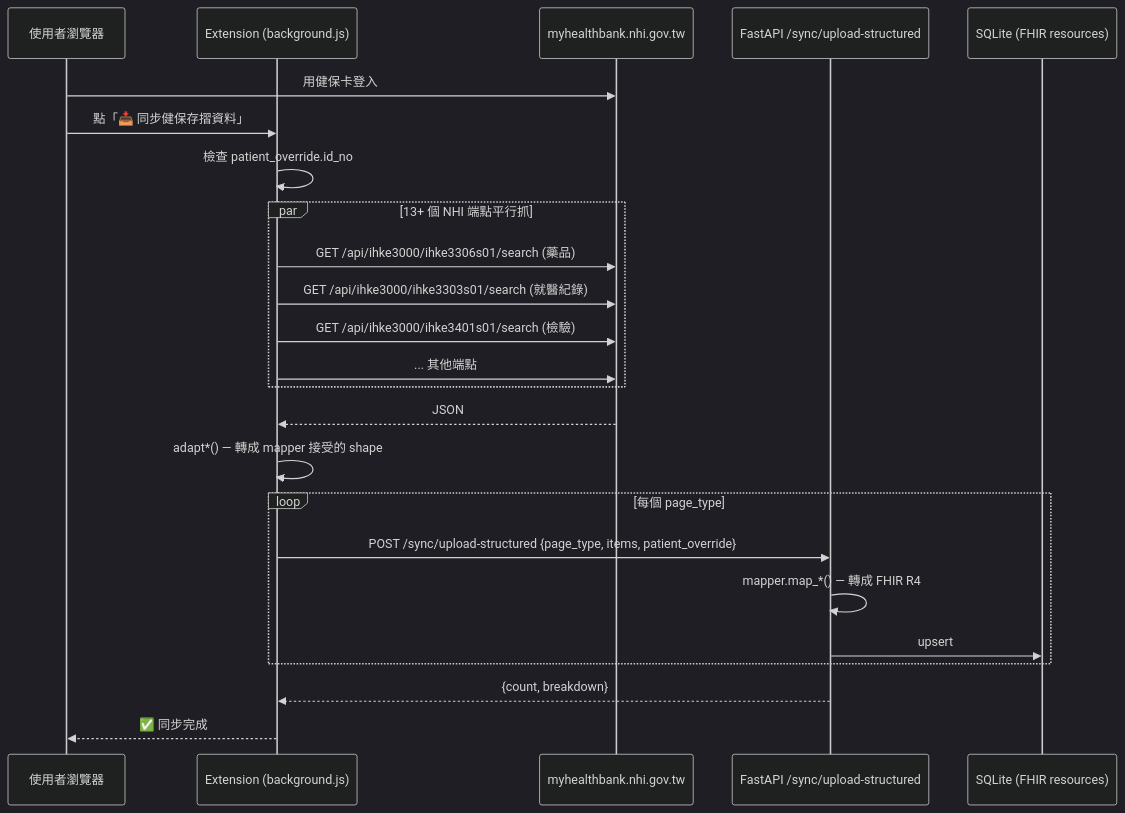
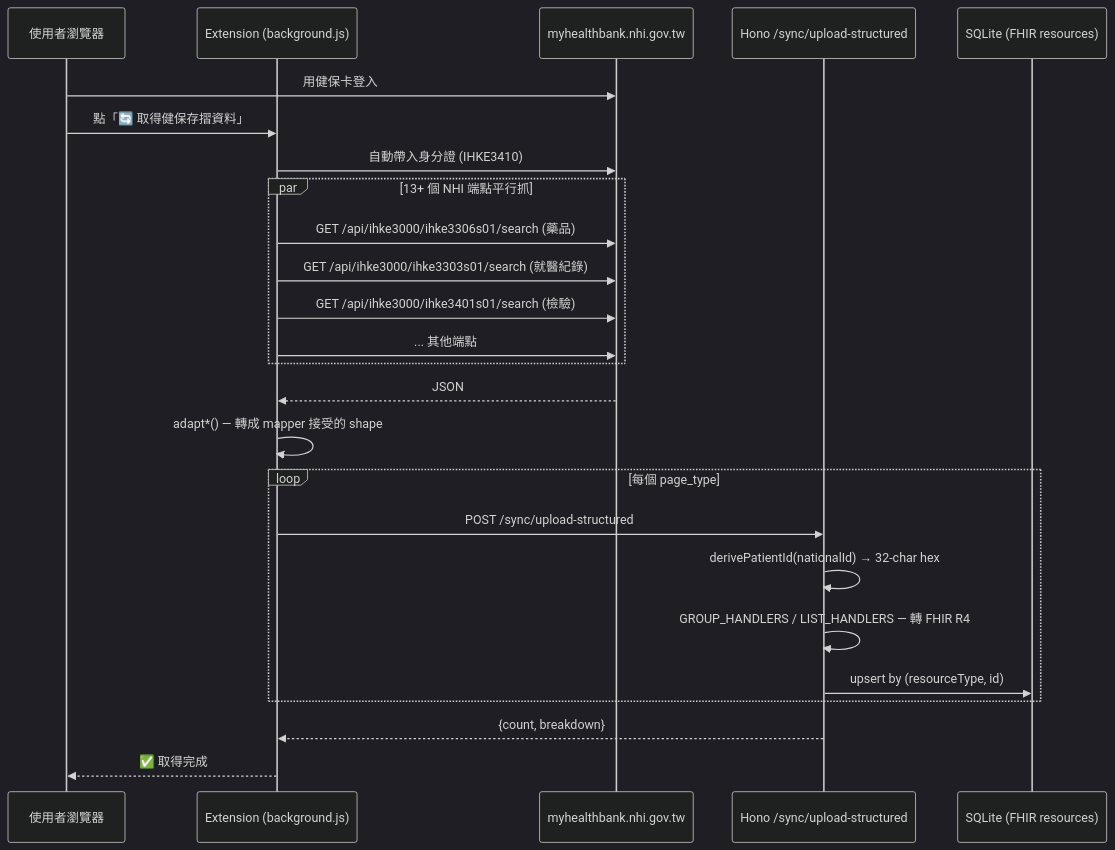
One commit to voho0000/NHI-FHIR-BRIDGE changed the second of 3 diagrams in docs/ARCHITECTURE.md. Above: the diagram before and after it, drawn with Mermaid (dark theme). The commit also changed other lines of this file and 4 other files, not shown here.

First line of the commit message:
security+docs: Tier 2 hardening — CORS pin, narrow ext perms, full CapabilityStatement, rewrite ARCHITECTURE.md

````diff
--- a/docs/ARCHITECTURE.md
+++ b/docs/ARCHITECTURE.md
@@ -30,27 +73,28 @@
 ```mermaid
 sequenceDiagram
   participant User as 使用者瀏覽器
   participant Ext as Extension (background.js)
   participant NHI as myhealthbank.nhi.gov.tw
-  participant API as FastAPI /sync/upload-structured
+  participant API as Hono /sync/upload-structured
   participant DB as SQLite (FHIR resources)
 
   User->>NHI: 用健保卡登入
-  User->>Ext: 點「📥 同步健保存摺資料」
-  Ext->>Ext: 檢查 patient_override.id_no
+  User->>Ext: 點「🔄 取得健保存摺資料」
+  Ext->>NHI: 自動帶入身分證 (IHKE3410)
   par 13+ 個 NHI 端點平行抓
     Ext->>NHI: GET /api/ihke3000/ihke3306s01/search (藥品)
     Ext->>NHI: GET /api/ihke3000/ihke3303s01/search (就醫紀錄)
     Ext->>NHI: GET /api/ihke3000/ihke3401s01/search (檢驗)
     Ext->>NHI: ... 其他端點
   end
   NHI-->>Ext: JSON
   Ext->>Ext: adapt*() — 轉成 mapper 接受的 shape
   loop 每個 page_type
-    Ext->>API: POST /sync/upload-structured {page_type, items, patient_override}
-    API->>API: mapper.map_*() — 轉成 FHIR R4
-    API->>DB: upsert
+    Ext->>API: POST /sync/upload-structured
+    API->>API: derivePatientId(nationalId) → 32-char hex
+    API->>API: GROUP_HANDLERS / LIST_HANDLERS — 轉 FHIR R4
+    API->>DB: upsert by (resourceType, id)
   end
   API-->>Ext: {count, breakdown}
-  Ext-->>User: ✅ 同步完成
+  Ext-->>User: ✅ 取得完成
 ```
````
